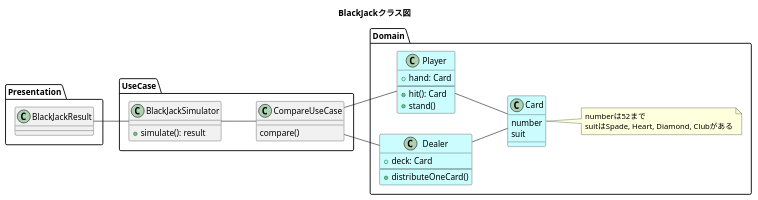
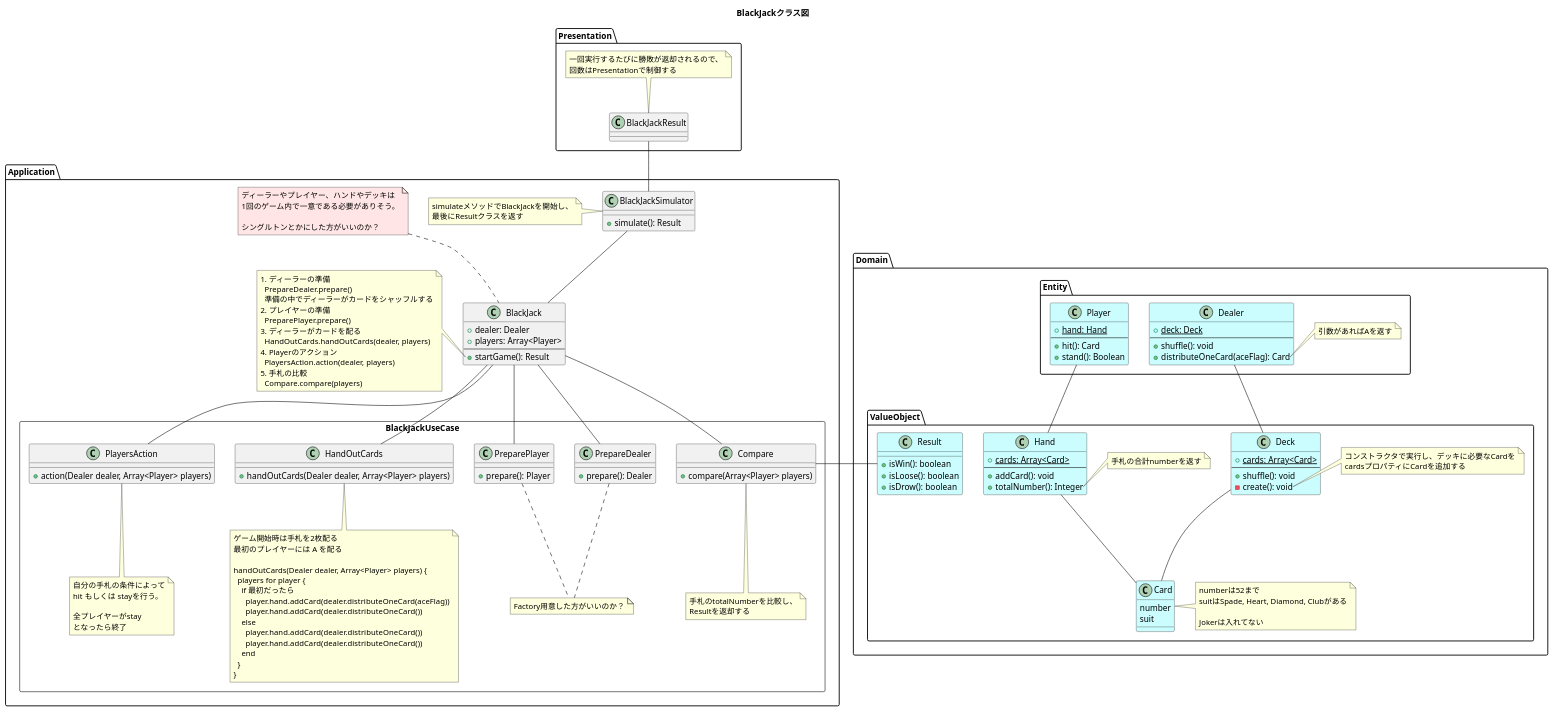
The diagram in クラス図.pu (yukimasa/blackjack), drawn with PlantUML before and after one commit. The commit also changed 5 other files, not shown here.

Commit message:
fix: 概念図とクラス図の修正 ver2

```diff
--- a/クラス図.pu
+++ b/クラス図.pu
@@ -1,48 +1,198 @@
 @startuml
-left to right direction
+' left to right direction
 title BlackJackクラス図
-
-package Domain {
-  class Player #CBFDFF {
-    + hand: Card
-    --
-    + hit(): Card
-    + stand()
-  }
-
-  class Dealer #CBFDFF {
-    + deck: Card
-    --
-    + distributeOneCard()
-  }
-
-  class Card #CBFDFF {
-    number
-    suit
-  }
-  note right: numberは52まで\nsuitはSpade, Heart, Diamond, Clubがある
-}
-
-package UseCase {
-  class BlackJackSimulator {
-    + simulate(): result
-  }
-
-  class CompareUseCase {
-    compare()
-  }
-}
 
 package Presentation {
   class BlackJackResult {
   }
+  note top of BlackJackResult
+    一回実行するたびに勝敗が返却されるので、
+    回数はPresentationで制御する
+  endnote
 }
 
+package Application {
+  class BlackJackSimulator {
+    + simulate(): Result
+  }
+  note left of BlackJackSimulator
+    simulateメソッドでBlackJackを開始し、
+    最後にResultクラスを返す
+  endnote
+
+  class BlackJack {
+    + dealer: Dealer
+    + players: Array<Player>
+    ---
+    + startGame(): Result
+  }
+  note left of BlackJack::startGame
+    1. ディーラーの準備
+      PrepareDealer.prepare()
+      準備の中でディーラーがカードをシャッフルする
+    2. プレイヤーの準備
+      PreparePlayer.prepare()
+    3. ディーラーがカードを配る
+      HandOutCards.handOutCards(dealer, players)
+    4. Playerのアクション
+      PlayersAction.action(dealer, players)
+    5. 手札の比較
+      Compare.compare(players)
+  endnote
+
+  note as memo #FFE5E5
+    ディーラーやプレイヤー、ハンドやデッキは
+    1回のゲーム内で一意である必要がありそう。
+
+    シングルトンとかにした方がいいのか？
+  endnote
+  memo .. BlackJack
+
+  rectangle BlackJackUseCase {
+    class PrepareDealer {
+      + prepare(): Dealer
+    }
+
+    class PreparePlayer {
+      + prepare(): Player
+    }
+
+    note as factory
+      Factory用意した方がいいのか？
+    endnote
+
+    PrepareDealer .. factory
+    PreparePlayer .. factory
+
+    class HandOutCards {
+      + handOutCards(Dealer dealer, Array<Player> players)
+    }
+
+    note bottom of HandOutCards
+      ゲーム開始時は手札を2枚配る
+      最初のプレイヤーには A を配る
+
+      handOutCards(Dealer dealer, Array<Player> players) {
+        players for player {
+          if 最初だったら
+            player.hand.addCard(dealer.distributeOneCard(aceFlag))
+            player.hand.addCard(dealer.distributeOneCard())
+          else
+            player.hand.addCard(dealer.distributeOneCard())
+            player.hand.addCard(dealer.distributeOneCard())
+          end
+        }
+      }
+    endnote
+
+    class PlayersAction {
+      + action(Dealer dealer, Array<Player> players)
+    }
+    note bottom of PlayersAction
+      自分の手札の条件によって
+      hit もしくは stayを行う。
+
+      全プレイヤーがstay
+      となったら終了
+    endnote
+
+    class Compare {
+      + compare(Array<Player> players)
+    }
+    note bottom of Compare
+      手札のtotalNumberを比較し、
+      Resultを返却する
+    endnote
+  }
+}
+
+package Domain {
+  package Entity {
+    class Player #CBFDFF {
+      + {static} hand: Hand
+      --
+      + hit(): Card
+      + stand(): Boolean
+    }
+
+    class Dealer #CBFDFF {
+      + {static} deck: Deck
+      --
+      + shuffle(): void
+      + distributeOneCard(aceFlag): Card
+    }
+    note right of Dealer::distributeOneCard
+      引数があればAを返す
+    endnote
+  }
+
+  package ValueObject {
+    class Deck #CBFDFF {
+      + {static} cards: Array<Card>
+      ---
+      + shuffle(): void
+      - create(): void
+    }
+    note right of Deck::create
+      コンストラクタで実行し、デッキに必要なCardを
+      cardsプロパティにCardを追加する
+    endnote
+
+    class Hand #CBFDFF {
+      + {static} cards: Array<Card>
+      ---
+      + addCard(): void
+      + totalNumber(): Integer
+    }
+    note right of Hand::totalNumber
+      手札の合計numberを返す
+    endnote
+
+    class Card #CBFDFF {
+      number
+      suit
+    }
+    note right of Card
+      numberは52まで
+      suitはSpade, Heart, Diamond, Clubがある
+
+      Jokerは入れてない
+    endnote
+
+    class Result #CBFDFF {
+    + isWin(): boolean
+    + isLoose(): boolean
+    + isDrow(): boolean
+  }
+  }
+}
+
+
 BlackJackResult -- BlackJackSimulator
-BlackJackSimulator -- CompareUseCase
-CompareUseCase -- Player
-CompareUseCase -- Dealer
-Player -- Card
-Dealer -- Card
+BlackJackSimulator -- BlackJack
+
+BlackJack -- PrepareDealer
+BlackJack -- PreparePlayer
+BlackJack -- HandOutCards
+BlackJack -- PlayersAction
+BlackJack - Compare
+
+Compare -right- Result
+
+' PrepareDealer -- Player
+' PrepareDealer -- Dealer
+' PreparePlayer -- Player
+' PreparePlayer -- Dealer
+' HandOutCards -- Player
+' HandOutCards -- Dealer
+' PlayersAction -- Player
+' PlayersAction -- Dealer
+' CompareUseCase -- Player
+' CompareUseCase -- Dealer
+
+Player -- Hand
+Dealer -- Deck
+Hand -- Card
+Deck -- Card
 
 @enduml
```
